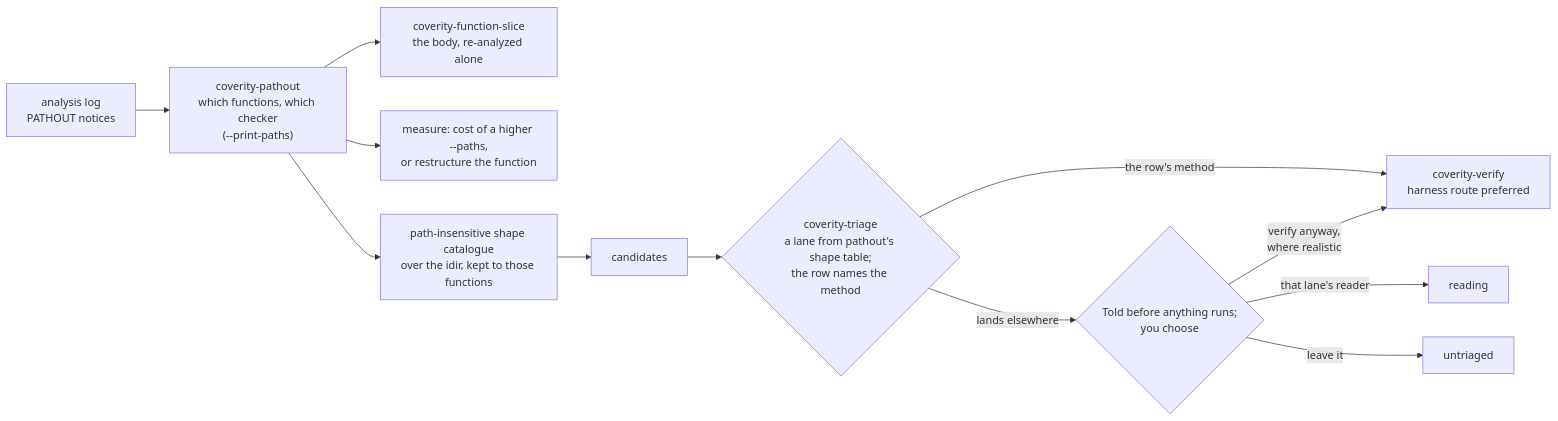
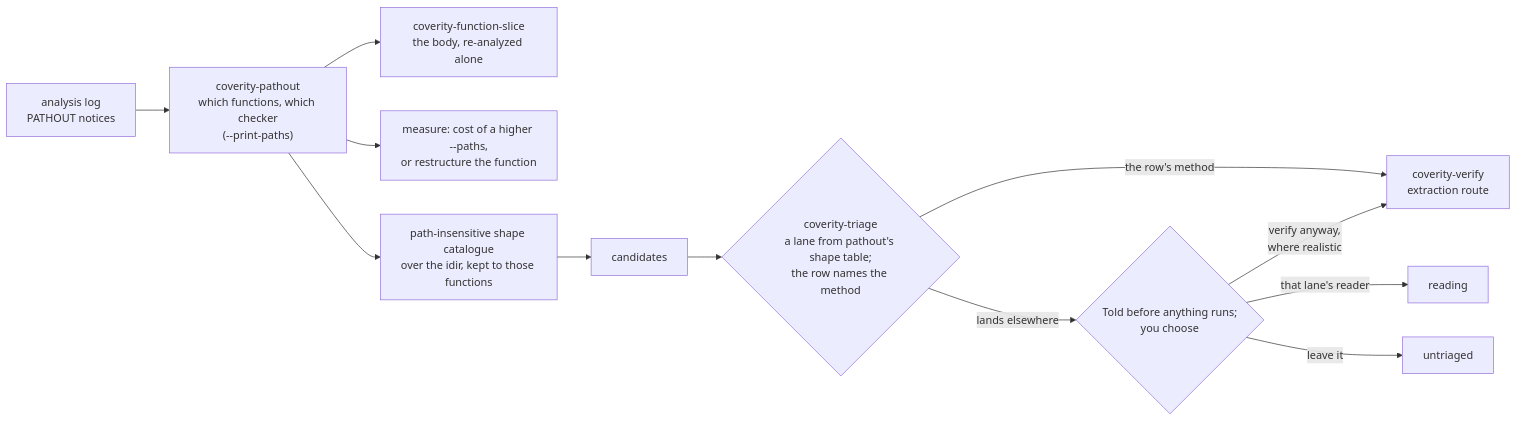
One commit to edtice-goog/CoveritySkills changed the fifth of 7 diagrams in USE-CASES.md. Above: the diagram before and after it, drawn with Mermaid. The commit also changed other lines of this file and 1 other file, not shown here.

First line of the commit message:
USE-CASES, collateral: pathout's shapes take the extraction route

````diff
--- a/USE-CASES.md
+++ b/USE-CASES.md
@@ -183,14 +185,14 @@
 ```mermaid
 flowchart LR
     L["analysis log<br/>PATHOUT notices"] --> W["coverity-pathout<br/>which functions, which checker<br/>(--print-paths)"]
     W --> FS["coverity-function-slice<br/>the body, re-analyzed alone"]
     W --> M["measure: cost of a higher --paths,<br/>or restructure the function"]
     W --> SC["path-insensitive shape catalogue<br/>over the idir, kept to those functions"]
     SC --> C["candidates"]
     C --> A{"coverity-triage<br/>a lane from pathout's shape table;<br/>the row names the method"}
-    A -->|"the row's method"| VE["coverity-verify<br/>harness route preferred"]
+    A -->|"the row's method"| VE["coverity-verify<br/>extraction route"]
     A -->|"lands elsewhere"| Q{"Told before anything runs;<br/>you choose"}
     Q -->|"verify anyway,<br/>where realistic"| VE
     Q -->|"that lane's reader"| RD["reading"]
     Q -->|"leave it"| SK["untriaged"]
 ```
````
